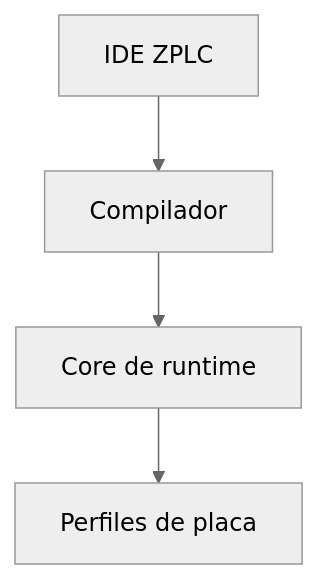
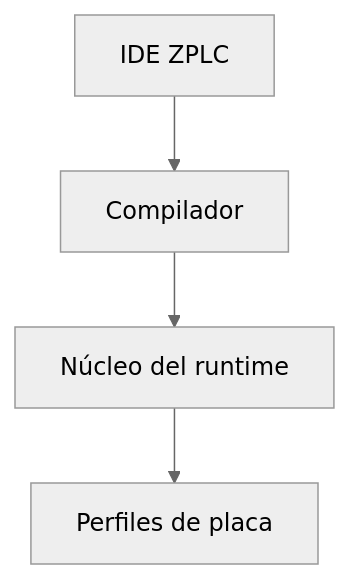
One commit to eduardojvieira/ZPLC changed the diagram in docs/i18n/es/docusaurus-plugin-content-docs/current/platform-overview/index.md. Above: the diagram before and after it, drawn with Mermaid (neutral theme). The commit also changed other lines of this file and 2 other files, not shown here.

Commit message:
docs(es): rewrite the platform overview, runtime intro and migration pages without voseo or untranslated terms

````diff
--- a/docs/i18n/es/docusaurus-plugin-content-docs/current/platform-overview/index.md
+++ b/docs/i18n/es/docusaurus-plugin-content-docs/current/platform-overview/index.md
@@ -16,11 +16,11 @@
 ```mermaid
 flowchart TB
   IDE[IDE ZPLC]
   Compiler[Compilador]
-  Runtime[Core de runtime]
+  Runtime[Núcleo del runtime]
   Boards[Perfiles de placa]
 
   IDE --> Compiler
   Compiler --> Runtime
   Runtime --> Boards
 ```
````
